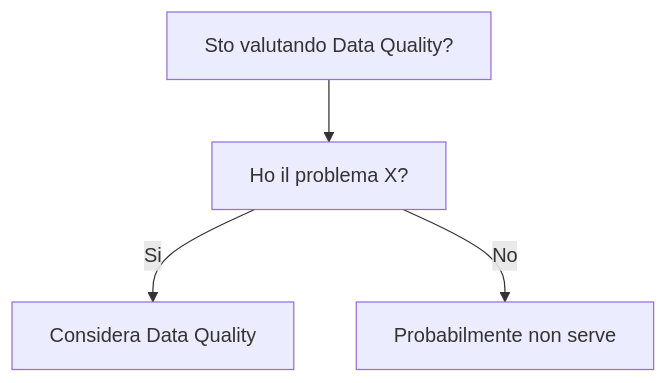
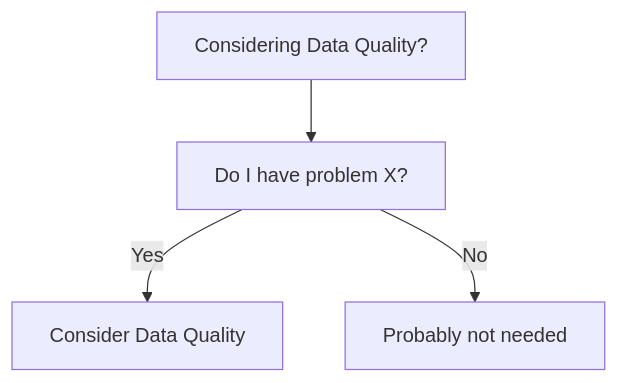
Before and after one commit to HxT9/Software-Dev-Wiki: the diagram in dev-wiki/24_Data_Engineering/Data_Quality/When_To_Use.md, drawn with Mermaid. The commit also changed other lines of this file and 3444 other files, not shown here.

````diff
--- a/dev-wiki/24_Data_Engineering/Data_Quality/When_To_Use.md
+++ b/dev-wiki/24_Data_Engineering/Data_Quality/When_To_Use.md
@@ -19,6 +19,6 @@
 ```mermaid
 flowchart TD
-  Q[Sto valutando Data Quality?] --> Q1[Ho il problema X?]
-  Q1 -->|Si| OK[Considera Data Quality]
-  Q1 -->|No| NO[Probabilmente non serve]
+  Q[Considering Data Quality?] --> Q1[Do I have problem X?]
+  Q1 -->|Yes| OK[Consider Data Quality]
+  Q1 -->|No| NO[Probably not needed]
 ```
````
